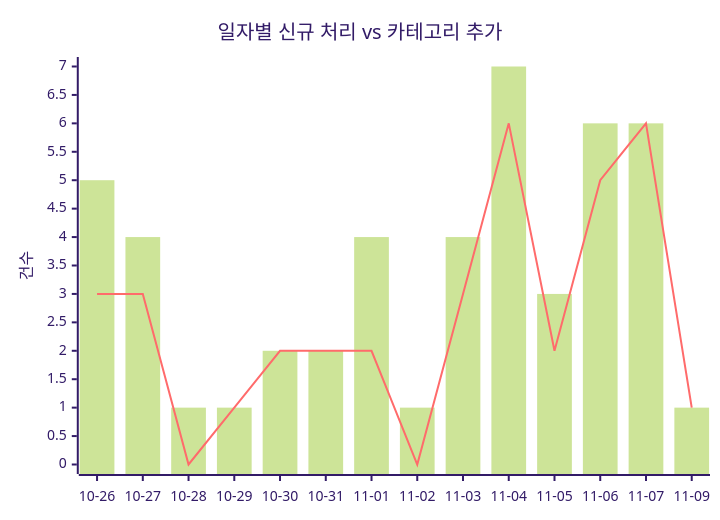
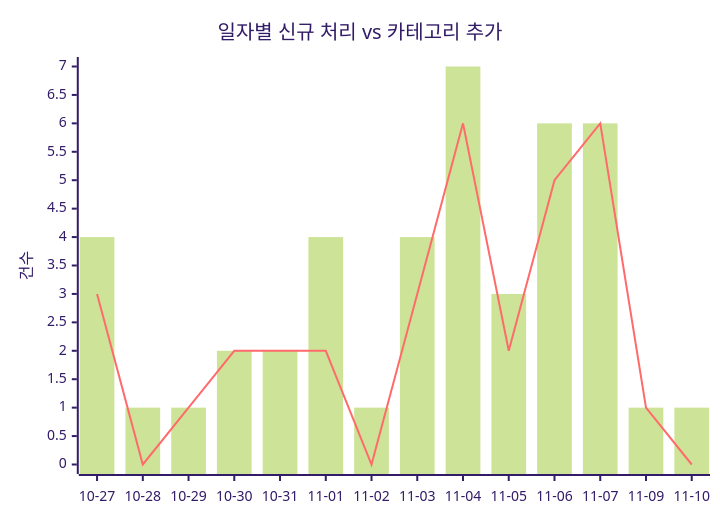
One commit to J-nowcow/awesome-korean-agent-skills changed the first of 2 diagrams in docs/trends.md. Above: the diagram before and after it, drawn with Mermaid (forest theme). The commit also changed other lines of this file and 27 other files, not shown here.

````diff
--- a/docs/trends.md
+++ b/docs/trends.md
@@ -32,8 +32,8 @@
 ```mermaid
 xychart-beta
     title "일자별 신규 처리 vs 카테고리 추가"
-    x-axis ["10-26","10-27","10-28","10-29","10-30","10-31","11-01","11-02","11-03","11-04","11-05","11-06","11-07","11-09"]
+    x-axis ["10-27","10-28","10-29","10-30","10-31","11-01","11-02","11-03","11-04","11-05","11-06","11-07","11-09","11-10"]
     y-axis "건수"
-    bar [5,4,1,1,2,2,4,1,4,7,3,6,6,1]
-    line [3,3,0,1,2,2,2,0,3,6,2,5,6,1]
+    bar [4,1,1,2,2,4,1,4,7,3,6,6,1,1]
+    line [3,0,1,2,2,2,0,3,6,2,5,6,1,0]
 ```
````
